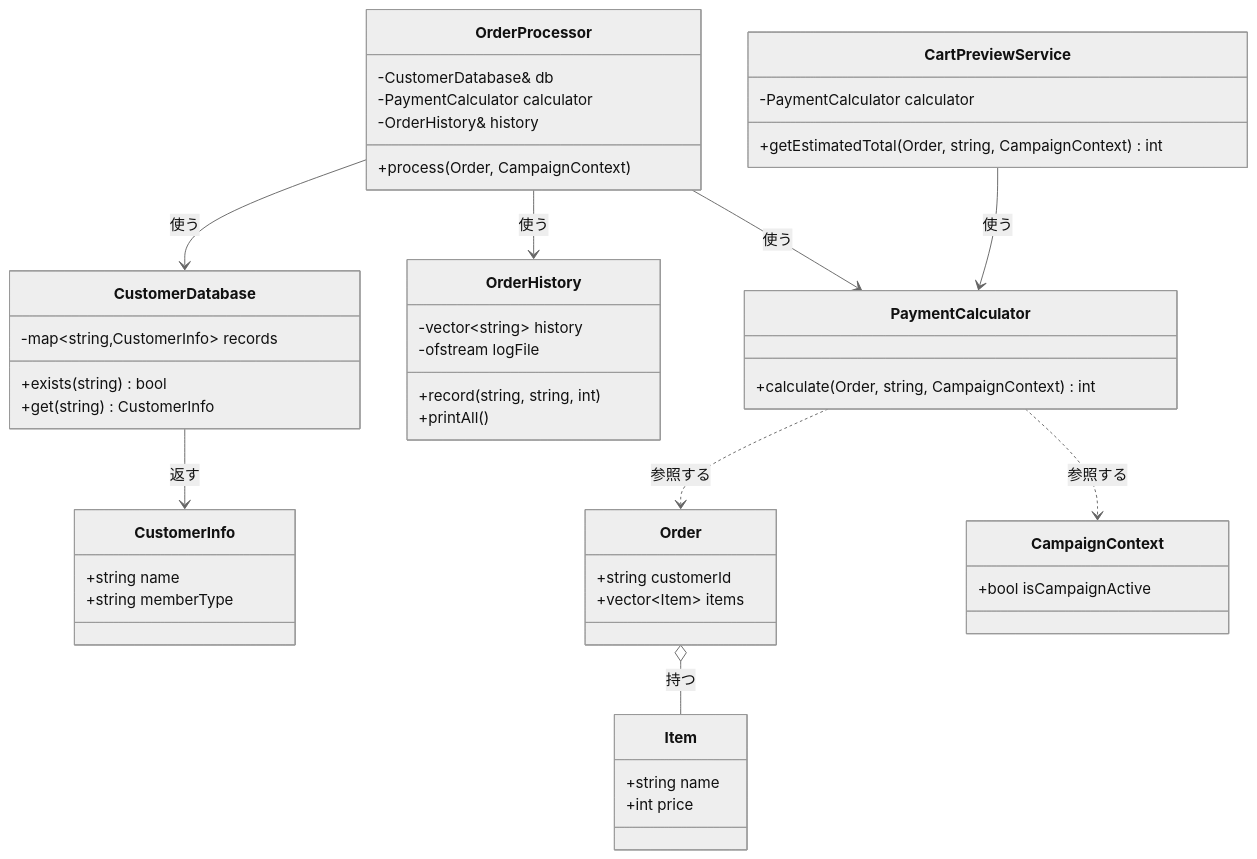
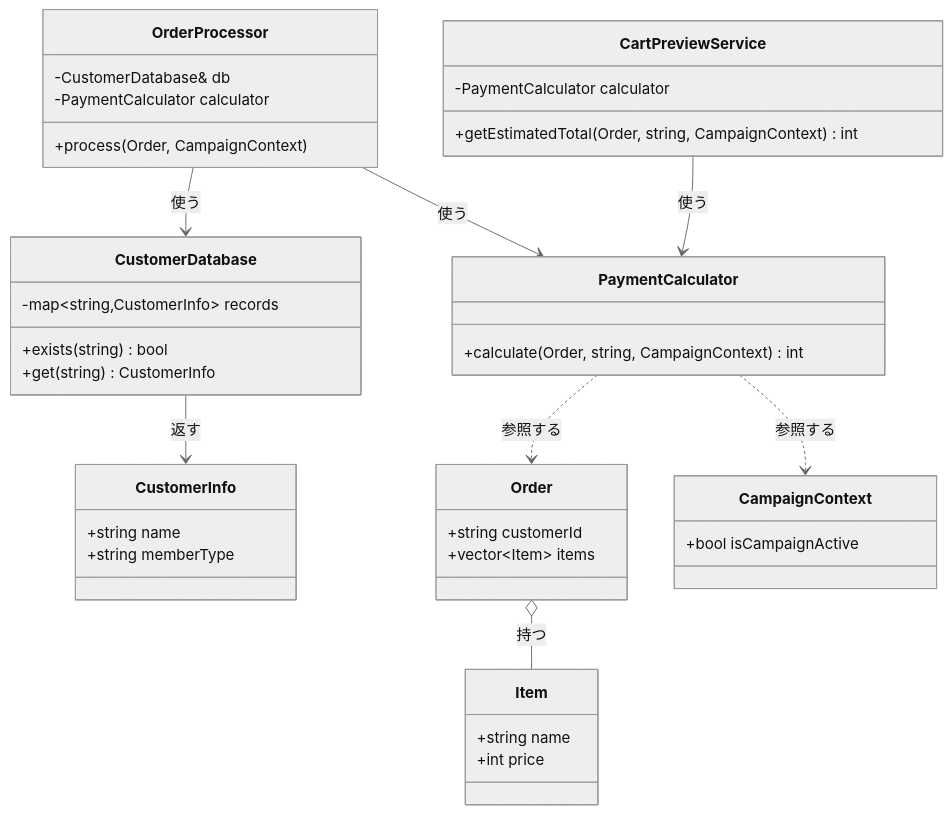
One commit to kumachan1101-pixel/DesignPattern changed the first of 5 diagrams in kindle/design-patterns/output/chapter01.md. Above: the diagram before and after it, drawn with Mermaid (neutral theme). The commit also changed other lines of this file and 11 other files, not shown here.

````diff
--- a/kindle/design-patterns/output/chapter01.md
+++ b/kindle/design-patterns/output/chapter01.md
@@ -94,51 +93,43 @@
 ```mermaid
 classDiagram
     class CustomerDatabase {
         -map~string,CustomerInfo~ records
         +exists(string) bool
         +get(string) CustomerInfo
     }
     class CustomerInfo {
         +string name
         +string memberType
     }
-    class OrderHistory {
-        -vector~string~ history
-        -ofstream logFile
-        +record(string, string, int)
-        +printAll()
-    }
     class OrderProcessor {
         -CustomerDatabase& db
         -PaymentCalculator calculator
-        -OrderHistory& history
         +process(Order, CampaignContext)
     }
     class PaymentCalculator {
         +calculate(Order, string, CampaignContext) int
     }
     class CartPreviewService {
         -PaymentCalculator calculator
         +getEstimatedTotal(Order, string, CampaignContext) int
     }
     class Order {
         +string customerId
         +vector~Item~ items
     }
     class Item {
         +string name
         +int price
     }
     class CampaignContext {
         +bool isCampaignActive
     }
 
     OrderProcessor --> CustomerDatabase : 使う
     OrderProcessor --> PaymentCalculator : 使う
-    OrderProcessor --> OrderHistory : 使う
     CustomerDatabase --> CustomerInfo : 返す
     CartPreviewService --> PaymentCalculator : 使う
     PaymentCalculator ..> Order : 参照する
     PaymentCalculator ..> CampaignContext : 参照する
     Order o-- Item : 持つ
 ```
````
